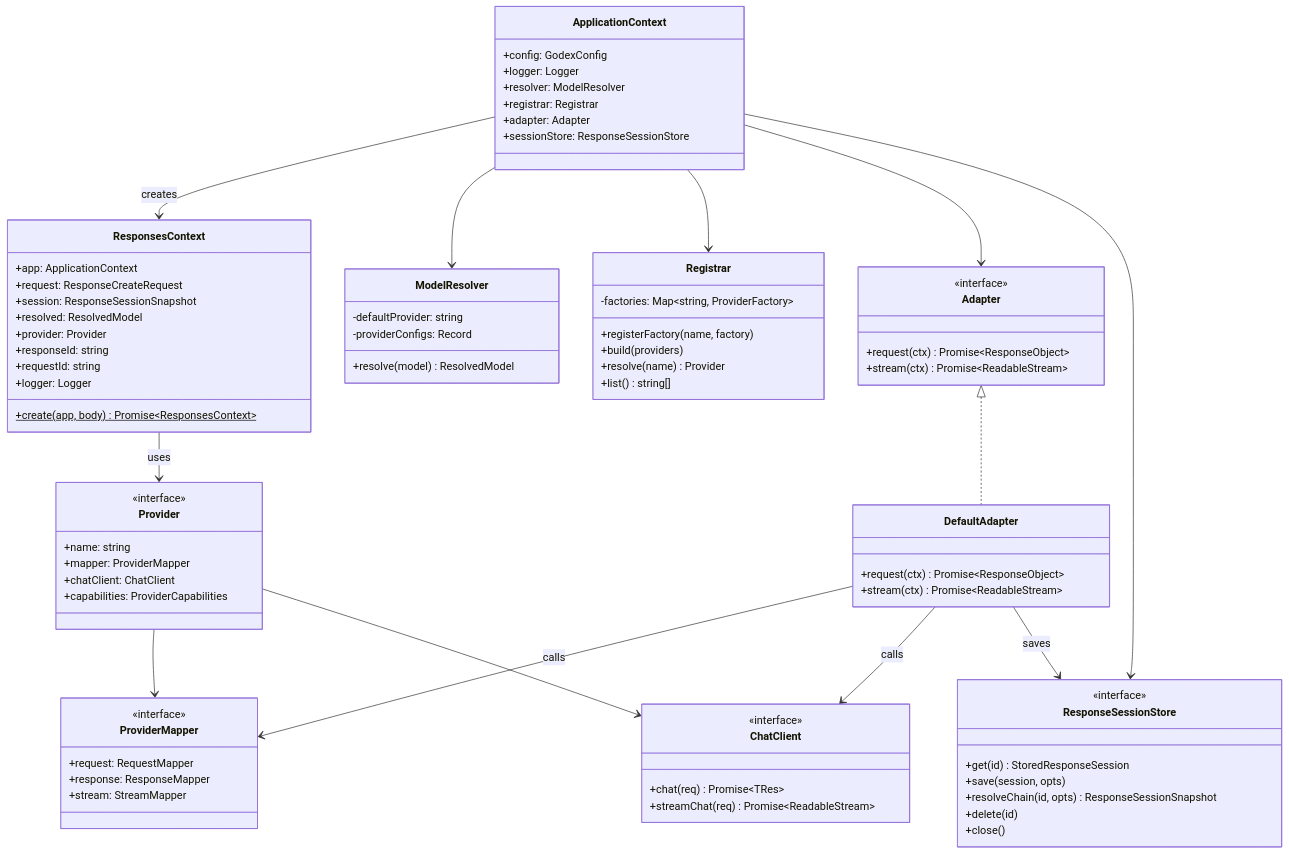
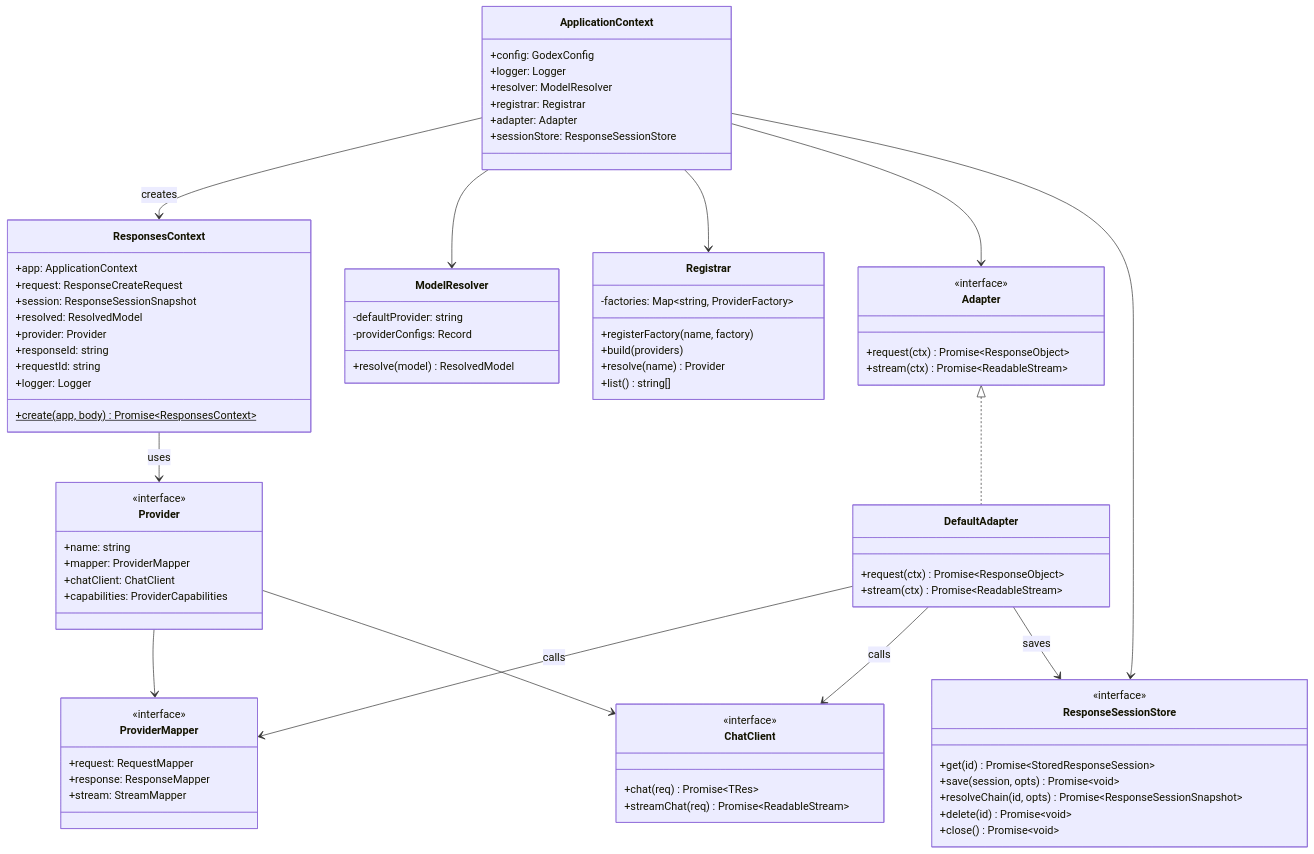
One commit to Ahoo-Wang/GodeX changed the first of 2 diagrams in wiki/02-architecture/overview.md. Above: the diagram before and after it, drawn with Mermaid. The commit also changed 9 other files, not shown here.

```diff
--- a/wiki/02-architecture/overview.md
+++ b/wiki/02-architecture/overview.md
@@ -82,11 +82,11 @@
 
   class ResponseSessionStore {
     <<interface>>
-    +get(id) StoredResponseSession
-    +save(session, opts)
-    +resolveChain(id, opts) ResponseSessionSnapshot
-    +delete(id)
-    +close()
+    +get(id) Promise~StoredResponseSession~
+    +save(session, opts) Promise~void~
+    +resolveChain(id, opts) Promise~ResponseSessionSnapshot~
+    +delete(id) Promise~void~
+    +close() Promise~void~
   }
 
   ApplicationContext --> ResponsesContext : creates
```
